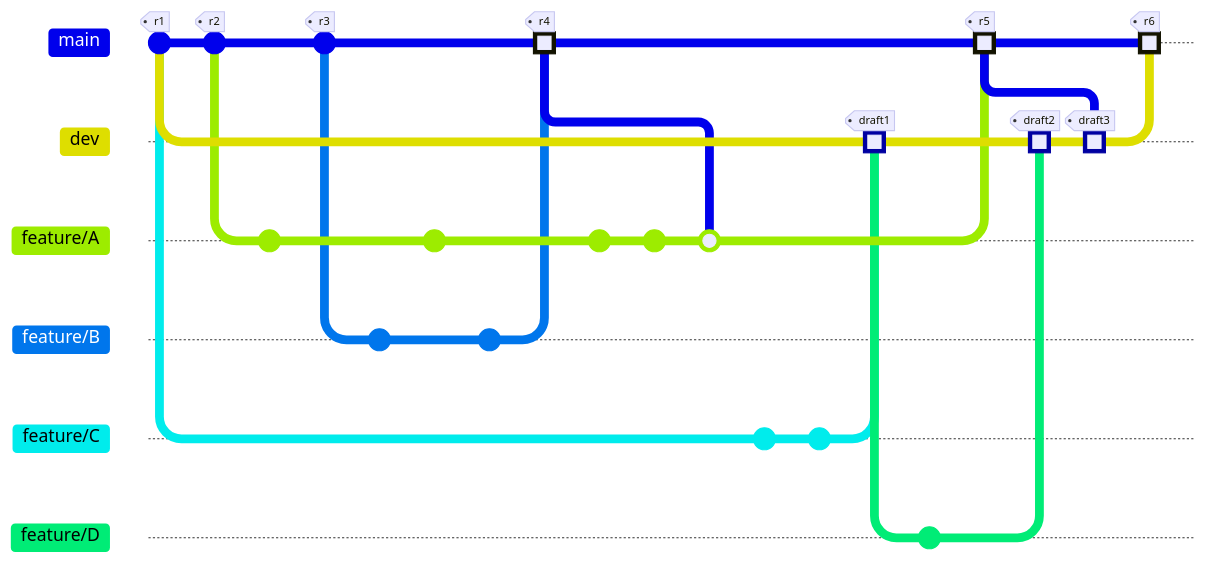
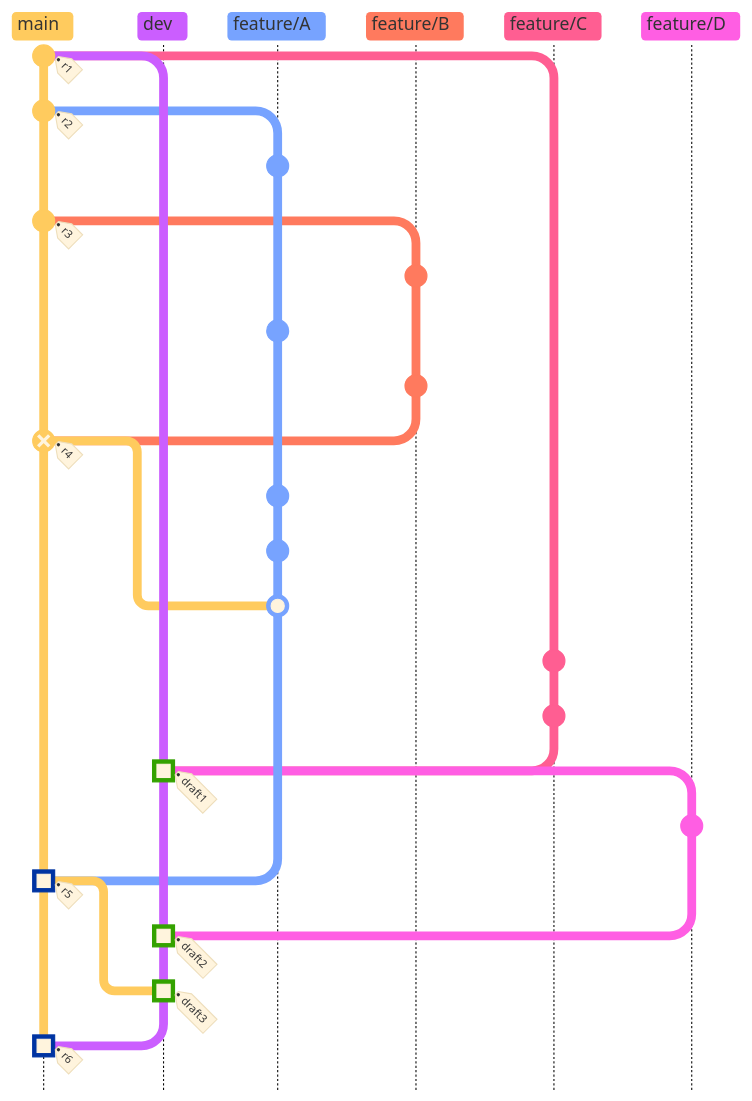
Before and after one commit to rhenning/resume: the diagram in README.md, drawn with Mermaid. Commit ids are hidden.

````diff
--- a/README.md
+++ b/README.md
@@ -73,60 +73,66 @@
 ```mermaid
-gitGraph
+---
+config:
+  theme: base
+  gitGraph:
+    showCommitLabel: false
+---
+gitGraph TB:
   commit tag: "r1"
 
   branch dev
 
   checkout main
   commit tag: "r2"
 
   branch feature/A
   commit
 
   checkout main
   commit tag: "r3"
 
   branch feature/B
   commit
 
   checkout feature/A
   commit
 
   checkout feature/B
   commit
 
   checkout main
-  merge feature/B tag: "r4" type: HIGHLIGHT
+  merge feature/B tag: "r4" type: REVERSE
 
   checkout feature/A
   commit
   commit
   merge main
 
   checkout main
 
   checkout dev
 
   branch feature/C
   commit
 
   checkout feature/C
   commit
 
   checkout dev
   merge feature/C tag: "draft1" type: HIGHLIGHT
 
   branch feature/D
   commit
 
   checkout main
   merge feature/A tag: "r5" type: HIGHLIGHT
 
   checkout dev
   merge feature/D tag: "draft2" type: HIGHLIGHT
 
   checkout dev
   merge main tag: "draft3" type: HIGHLIGHT
 
   checkout main
   merge dev tag: "r6" type: HIGHLIGHT
 ```
````
